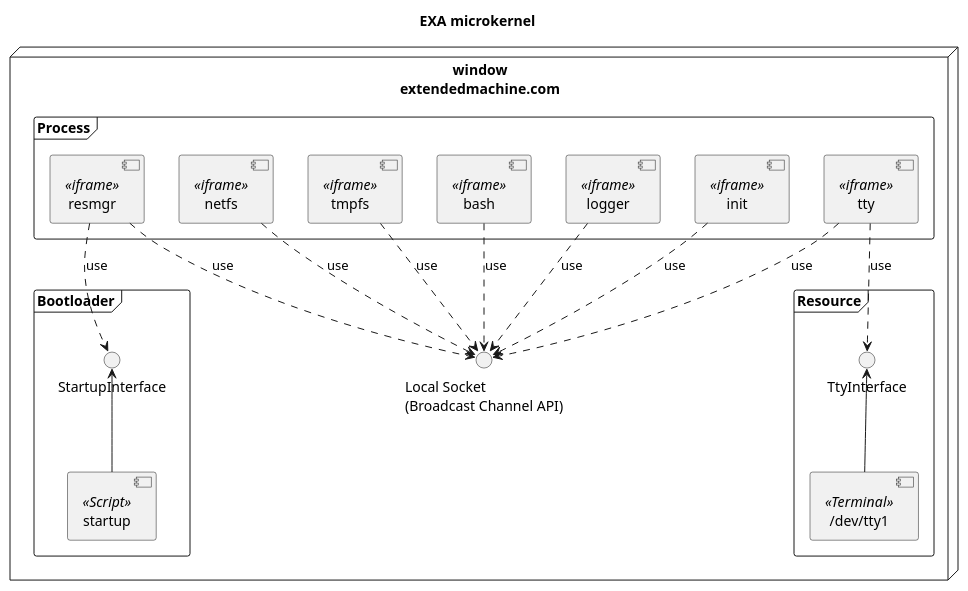
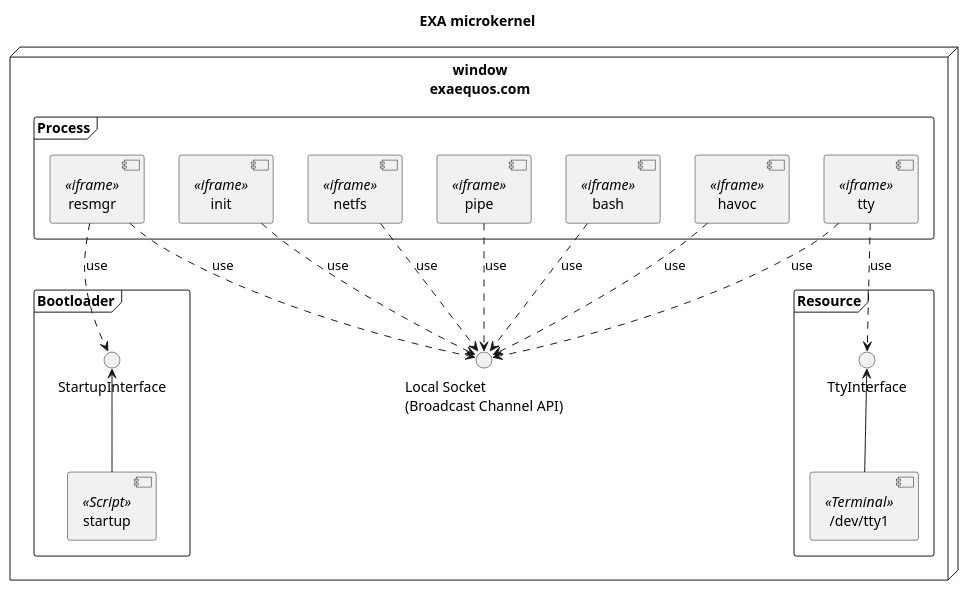
One commit to baudaux/exa-doc changed the diagram in source/exa_microkernel.org. Above: the diagram before and after it, drawn with PlantUML. The commit also changed 19 other files, not shown here.

```diff
--- a/source/exa_microkernel.org
+++ b/source/exa_microkernel.org
@@ -1,48 +1,49 @@
 #+begin_src plantuml :file exa_microkernel.png
     title EXA microkernel
 
-    node "window\nextendedmachine.com" {
+    node "window\nexaequos.com" {
 
 	  frame "Process" {
 
 	    component resmgr<<iframe>>
 	    component init<<iframe>>
 	    component netfs<<iframe>>
-	    component tmpfs<<iframe>>
+	    component pipe<<iframe>>
 	    component bash<<iframe>>
+	    component havoc<<iframe>>
 	    component tty<<iframe>>
-	    component logger<<iframe>>
+
 	}
 
 	  interface "Local Socket\n(Broadcast Channel API)" as API
 
 	    resmgr ..> API: use
 	    init ..> API: use
 	    netfs ..> API: use
-	    tmpfs ..> API: use
+	    havoc ..> API: use
 	    bash ..> API: use
 	    tty ..> API: use
-	    logger ..> API: use
+	    pipe ..> API: use
 
 	  frame "Bootloader" {
 
 	    component startup<<Script>>
 
 		  StartupInterface <-- startup
 
 	  }
 
 	  frame "Resource" {
 
 	    component "/dev/tty1"<<Terminal>>
 
 		  TtyInterface <-- "/dev/tty1"
 
 	  }
 
 	  resmgr ..> StartupInterface: use
 
 	  tty ..> TtyInterface: use
   }
 
 #+end_src
```
